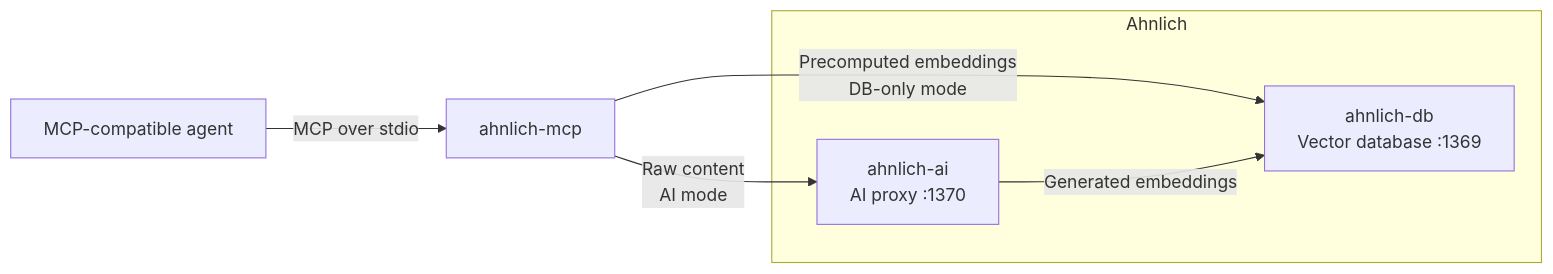
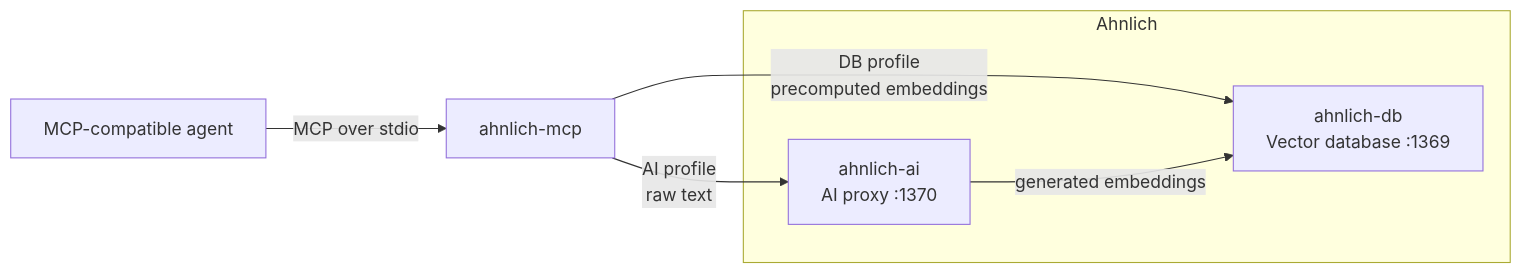
Before and after one commit to deven96/ahnlich: the diagram in mcp/README.md, drawn with Mermaid. The commit also changed other lines of this file and 21 other files, not shown here.

First line of the commit message:
feat(mcp): add profile-aware Ahnlich integration

````diff
--- a/mcp/README.md
+++ b/mcp/README.md
@@ -9,15 +7,15 @@
 ```mermaid
 flowchart LR
     Agent["MCP-compatible agent"]
     MCP["ahnlich-mcp"]
 
     subgraph Ahnlich
         AI["ahnlich-ai<br/>AI proxy :1370"]
         DB["ahnlich-db<br/>Vector database :1369"]
     end
 
     Agent -->|"MCP over stdio"| MCP
-    MCP -->|"Precomputed embeddings<br/>DB-only mode"| DB
-    MCP -->|"Raw content<br/>AI mode"| AI
-    AI -->|"Generated embeddings"| DB
+    MCP -->|"DB profile<br/>precomputed embeddings"| DB
+    MCP -->|"AI profile<br/>raw text"| AI
+    AI -->|"generated embeddings"| DB
 ```
````
